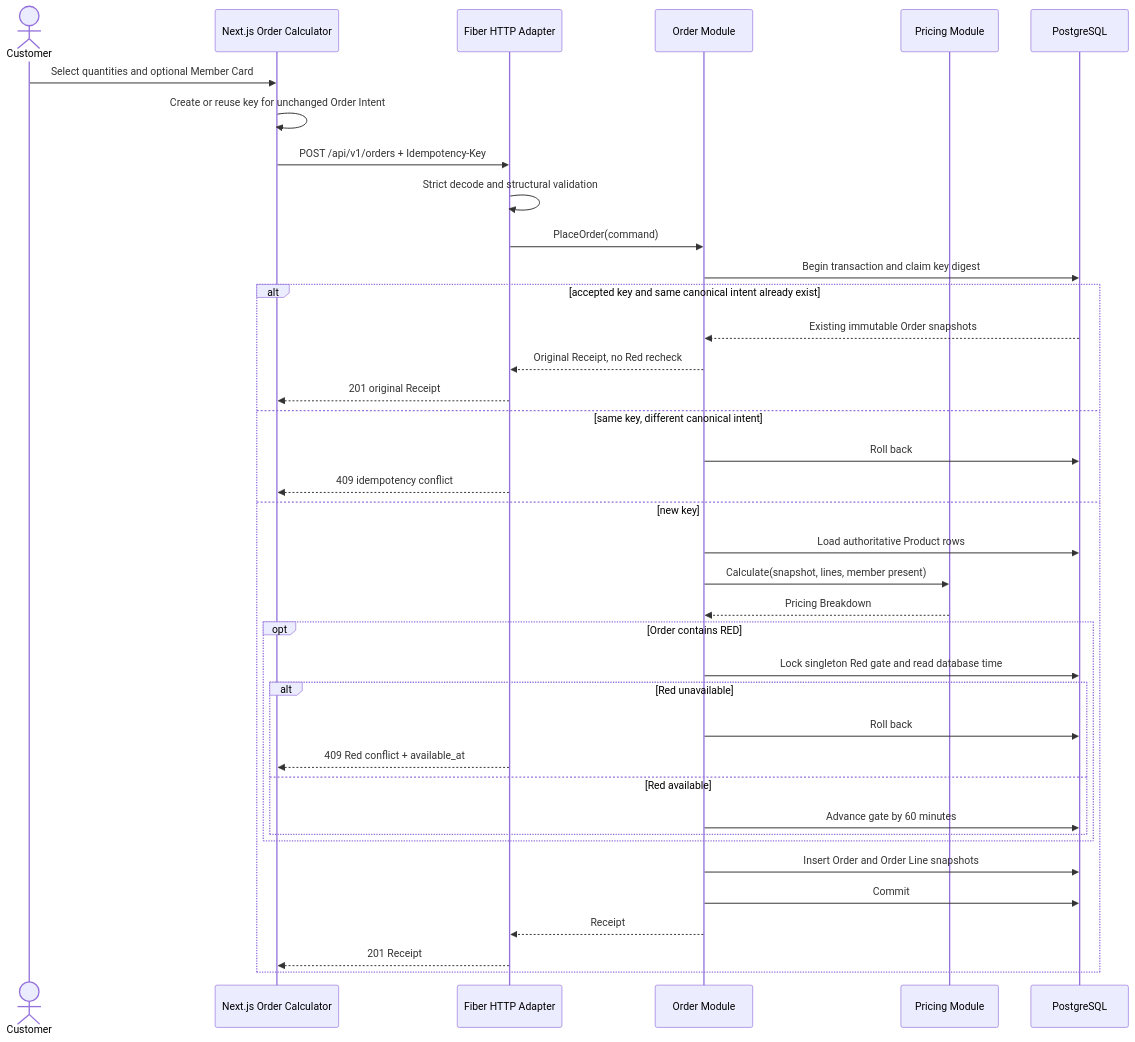
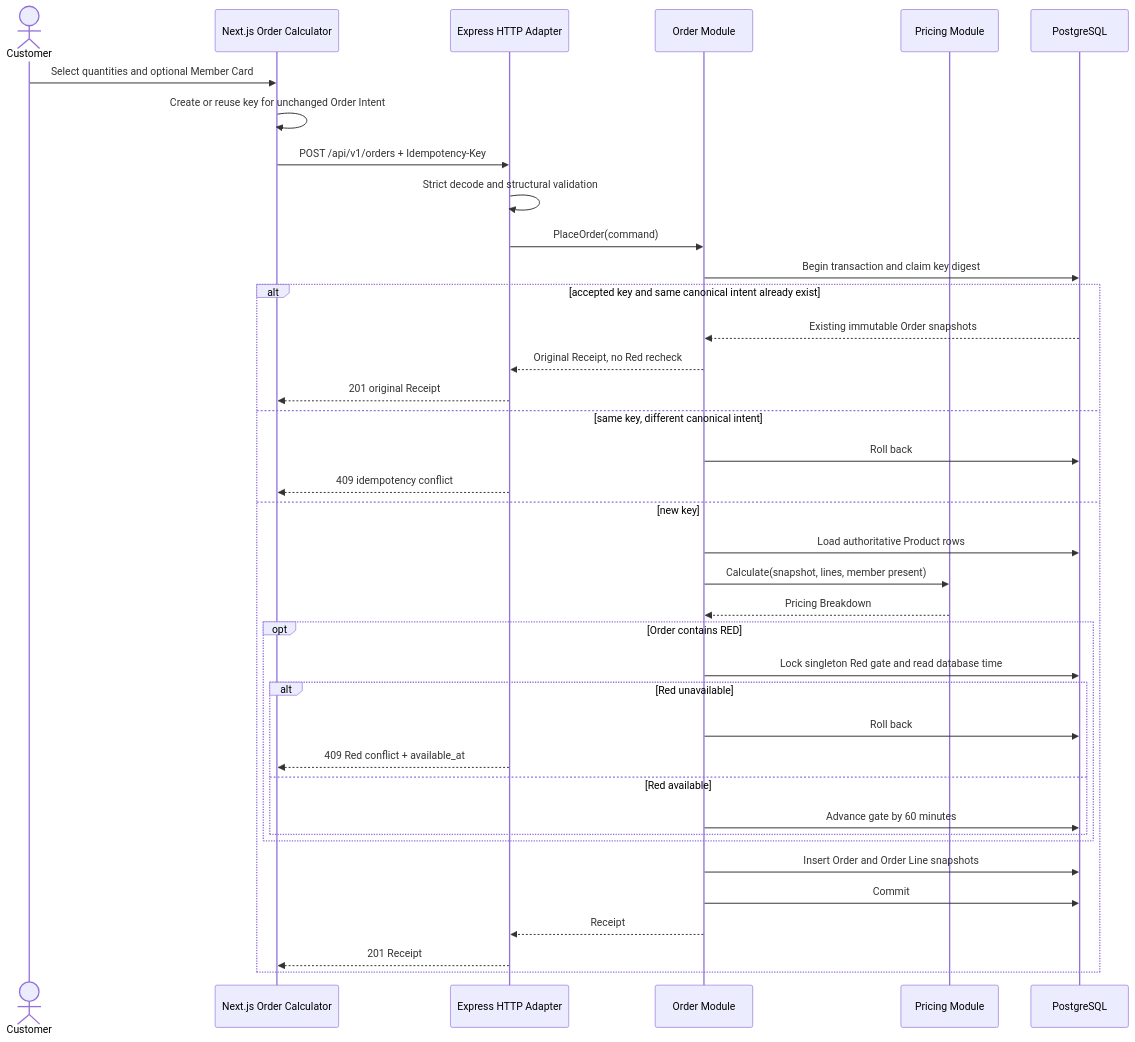
Before and after one commit to besterdev/cal-food-store-full-stack: the second of 3 diagrams in docs/system-design.md, drawn with Mermaid. The commit also changed other lines of this file and 44 other files, not shown here.

First line of the commit message:
✨ feat: replace go fiber api with express

````diff
--- a/docs/system-design.md
+++ b/docs/system-design.md
@@ -92,41 +92,41 @@
 ```mermaid
 sequenceDiagram
     actor Customer
     participant Web as Next.js Order Calculator
-    participant HTTP as Fiber HTTP Adapter
+    participant HTTP as Express HTTP Adapter
     participant Order as Order Module
     participant Pricing as Pricing Module
     participant DB as PostgreSQL
 
     Customer->>Web: Select quantities and optional Member Card
     Web->>Web: Create or reuse key for unchanged Order Intent
     Web->>HTTP: POST /api/v1/orders + Idempotency-Key
     HTTP->>HTTP: Strict decode and structural validation
     HTTP->>Order: PlaceOrder(command)
     Order->>DB: Begin transaction and claim key digest
     alt accepted key and same canonical intent already exist
         DB-->>Order: Existing immutable Order snapshots
         Order-->>HTTP: Original Receipt, no Red recheck
         HTTP-->>Web: 201 original Receipt
     else same key, different canonical intent
         Order->>DB: Roll back
         HTTP-->>Web: 409 idempotency conflict
     else new key
         Order->>DB: Load authoritative Product rows
         Order->>Pricing: Calculate(snapshot, lines, member present)
         Pricing-->>Order: Pricing Breakdown
         opt Order contains RED
             Order->>DB: Lock singleton Red gate and read database time
             alt Red unavailable
                 Order->>DB: Roll back
                 HTTP-->>Web: 409 Red conflict + available_at
             else Red available
                 Order->>DB: Advance gate by 60 minutes
             end
         end
         Order->>DB: Insert Order and Order Line snapshots
         Order->>DB: Commit
         Order-->>HTTP: Receipt
         HTTP-->>Web: 201 Receipt
     end
 ```
````
